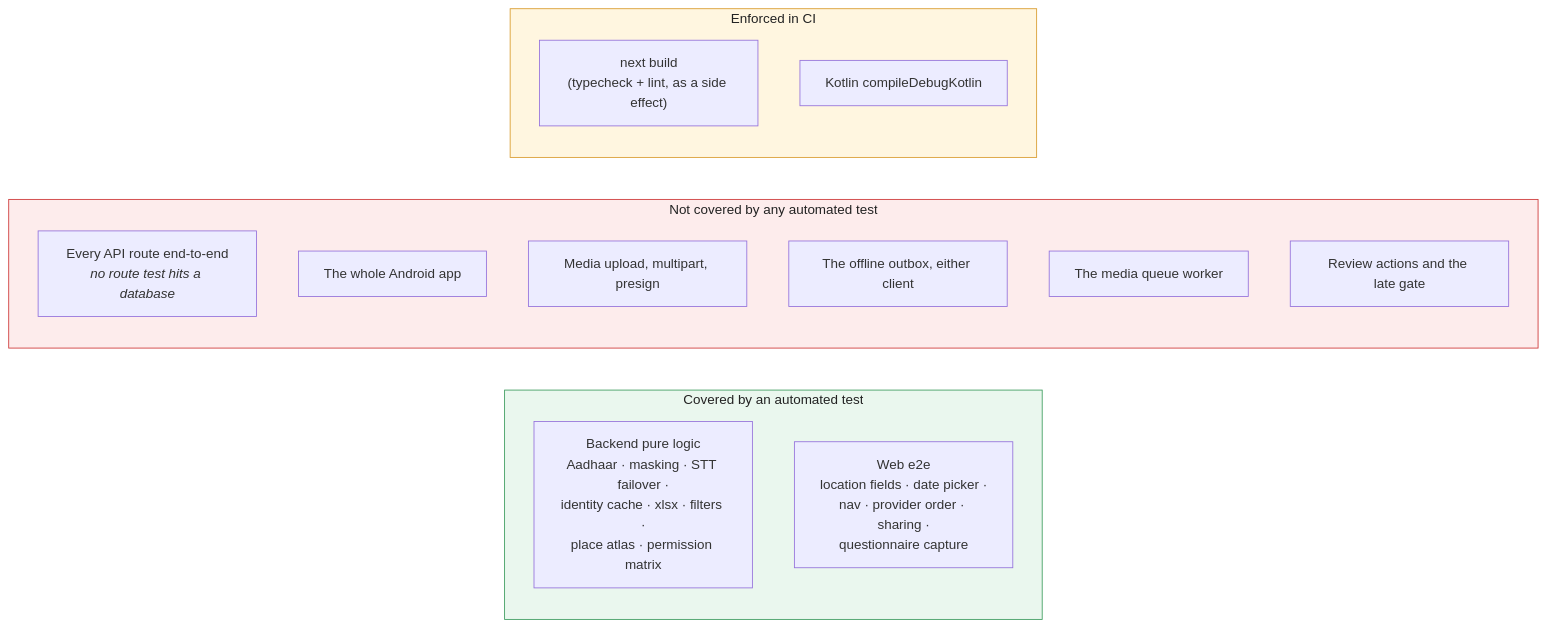
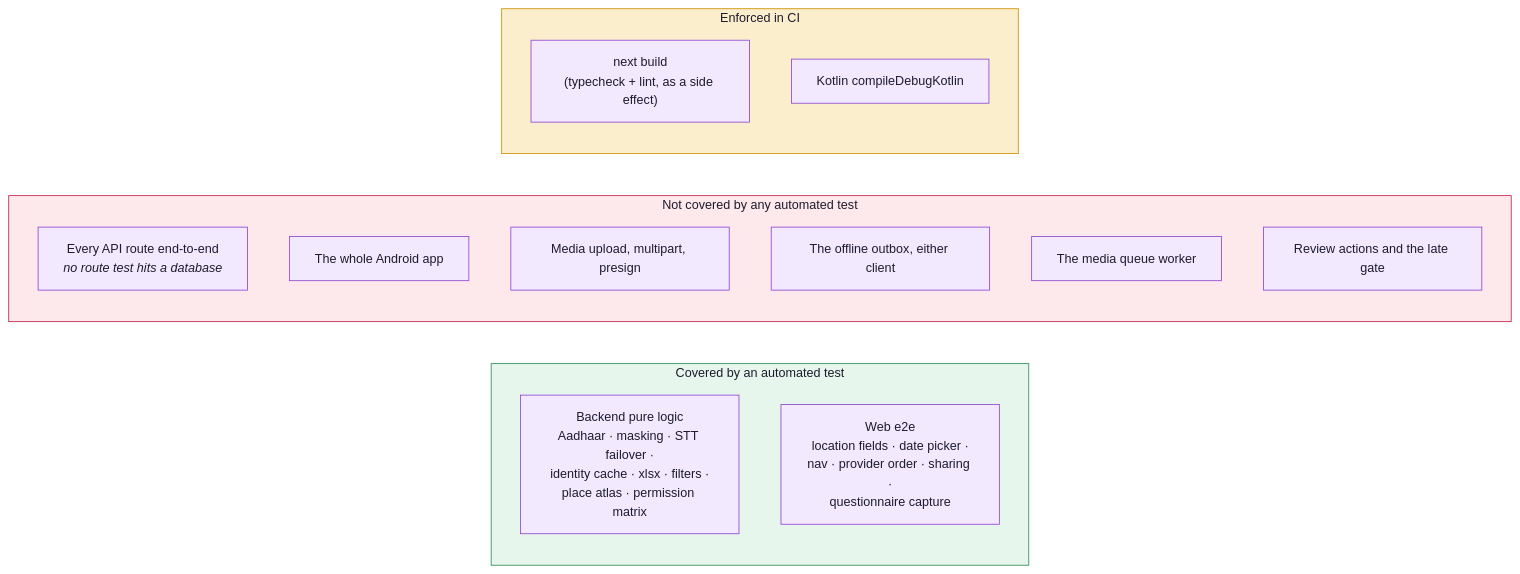
One commit to cxacraftecosystem-ui/documentation-portal changed the diagram in docs/QA_AUDIT.md. Above: the diagram before and after it, drawn with Mermaid. The commit also changed 106 other files, not shown here.

First line of the commit message:
README showcase: the front page rebuilt on the README kit (copied from designer-portal) with Field Repository content, the readme-check workflow, every docs diagram themed, and the docs brought to 0.0.10

````diff
--- a/docs/QA_AUDIT.md
+++ b/docs/QA_AUDIT.md
@@ -16,23 +16,24 @@
 ```mermaid
+%%{init: {"theme":"base","themeVariables":{"fontFamily":"Inter, ui-sans-serif, system-ui, -apple-system, Segoe UI, Roboto, Helvetica, Arial, sans-serif","fontSize":"15px","primaryColor":"#F2E9FE","primaryTextColor":"#1E1B2E","primaryBorderColor":"#9148D2","secondaryColor":"#FAEECD","secondaryTextColor":"#1E1B2E","secondaryBorderColor":"#CD9200","tertiaryColor":"#F3F1FA","tertiaryTextColor":"#1E1B2E","tertiaryBorderColor":"#A7A3BC","mainBkg":"#F2E9FE","nodeBorder":"#9148D2","nodeTextColor":"#1E1B2E","lineColor":"#AA69E9","textColor":"#857F9E","edgeLabelBackground":"#F9F5FF","clusterBkg":"#F9F5FF","clusterBorder":"#D6B6FB","titleColor":"#762CB1","noteBkgColor":"#FAEECD","noteTextColor":"#1E1B2E","noteBorderColor":"#CD9200","actorBkg":"#F2E9FE","actorBorder":"#9148D2","actorTextColor":"#1E1B2E","actorLineColor":"#AA69E9","signalColor":"#AA69E9","signalTextColor":"#857F9E","labelBoxBkgColor":"#F2E9FE","labelBoxBorderColor":"#9148D2","labelTextColor":"#1E1B2E","loopTextColor":"#857F9E","activationBkgColor":"#E7D5FE","activationBorderColor":"#9148D2","sequenceNumberColor":"#FFFFFF","transitionColor":"#AA69E9","transitionLabelColor":"#857F9E","stateLabelColor":"#1E1B2E","stateBkg":"#F2E9FE","compositeBackground":"#F9F5FF","compositeTitleBackground":"#F2E9FE","attributeBackgroundColorOdd":"#FFFFFF","attributeBackgroundColorEven":"#F9F5FF","relationColor":"#AA69E9","relationLabelBackground":"#F9F5FF","relationLabelColor":"#1E1B2E"}}}%%
 flowchart LR
   subgraph tested["Covered by an automated test"]
     B1["Backend pure logic<br/>Aadhaar · masking · STT failover ·<br/>identity cache · xlsx · filters ·<br/>place atlas · permission matrix"]
     E1["Web e2e<br/>location fields · date picker ·<br/>nav · provider order · sharing ·<br/>questionnaire capture"]
   end
   subgraph untested["Not covered by any automated test"]
     U1["Every API route end-to-end<br/><i>no route test hits a database</i>"]
     U2["The whole Android app"]
     U3["Media upload, multipart, presign"]
     U4["The offline outbox, either client"]
     U5["The media queue worker"]
     U6["Review actions and the late gate"]
   end
   subgraph gated["Enforced in CI"]
     G1["next build<br/>(typecheck + lint, as a side effect)"]
     G2["Kotlin compileDebugKotlin"]
   end
 
-  style untested fill:#fdecec,stroke:#c33,color:#222
-  style tested fill:#eaf7ee,stroke:#3a9a5c,color:#222
-  style gated fill:#fff6e0,stroke:#d89a2a,color:#222
+  style untested fill:#FDE8EC,stroke:#C0264B,color:#1E1B2E
+  style tested fill:#E6F6EC,stroke:#2F8F57,color:#1E1B2E
+  style gated fill:#FAEECD,stroke:#CD9200,color:#1E1B2E
 ```
````
